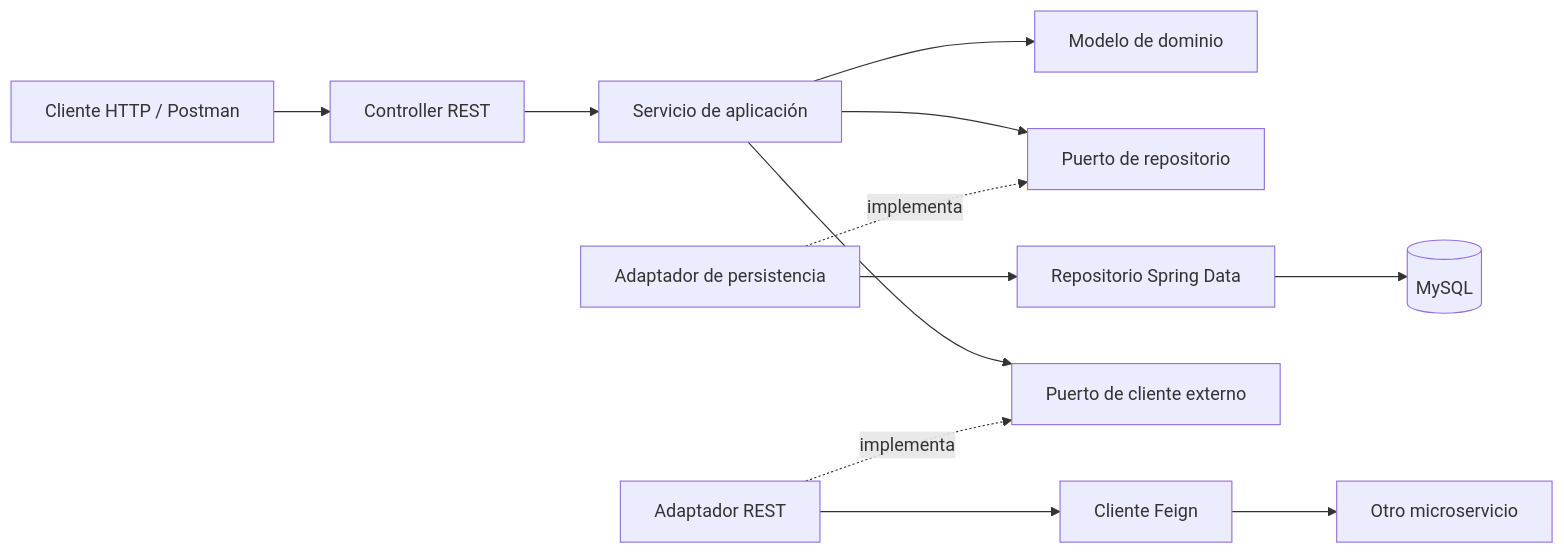
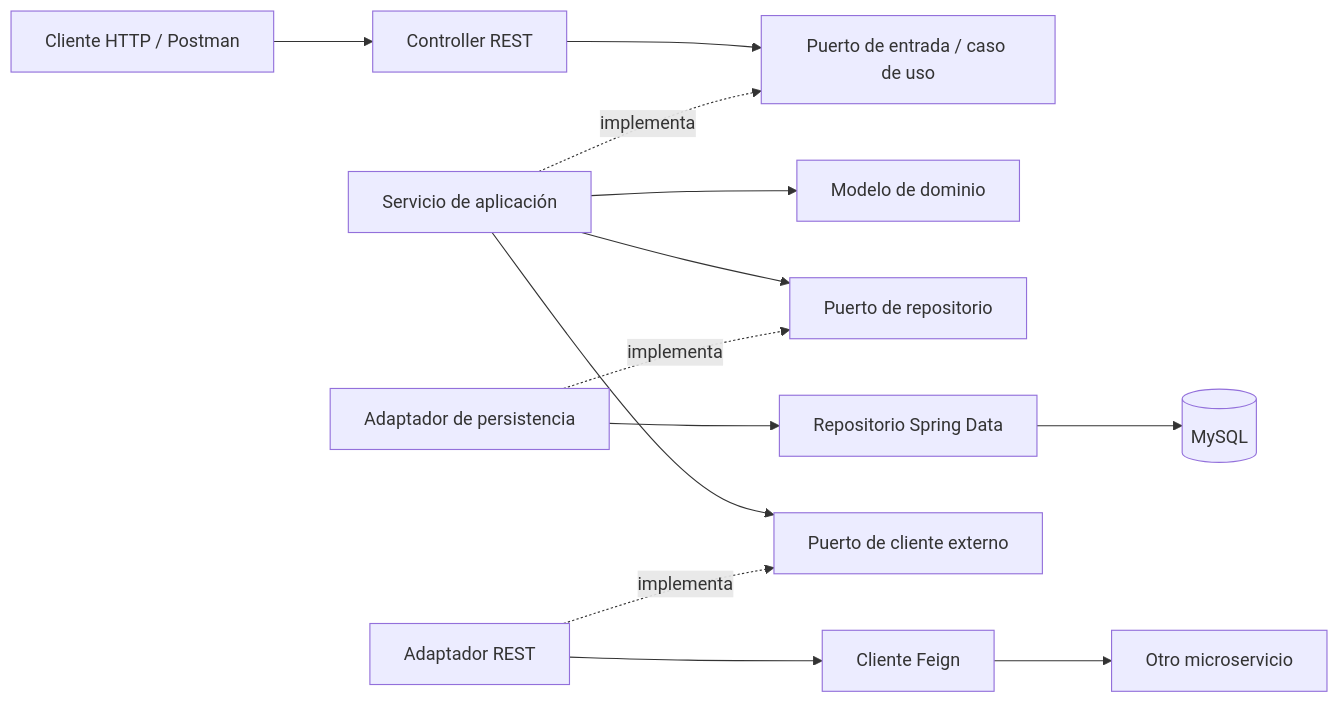
One commit to louisruiztv/Lubrimax-Hexagonal changed the first of 2 diagrams in README.md. Above: the diagram before and after it, drawn with Mermaid. The commit also changed other lines of this file, not shown here.

````diff
--- a/README.md
+++ b/README.md
@@ -58,14 +58,15 @@
 ```mermaid
 flowchart LR
     HTTP[Cliente HTTP / Postman] --> C[Controller REST]
-    C --> S[Servicio de aplicación]
+    C --> I[Puerto de entrada / caso de uso]
+    S[Servicio de aplicación] -. implementa .-> I
     S --> D[Modelo de dominio]
     S --> P[Puerto de repositorio]
     A[Adaptador de persistencia] -. implementa .-> P
     A --> R[Repositorio Spring Data]
     R --> DB[(MySQL)]
     S --> PC[Puerto de cliente externo]
     AC[Adaptador REST] -. implementa .-> PC
     AC --> F[Cliente Feign]
     F --> MS[Otro microservicio]
 ```
````
